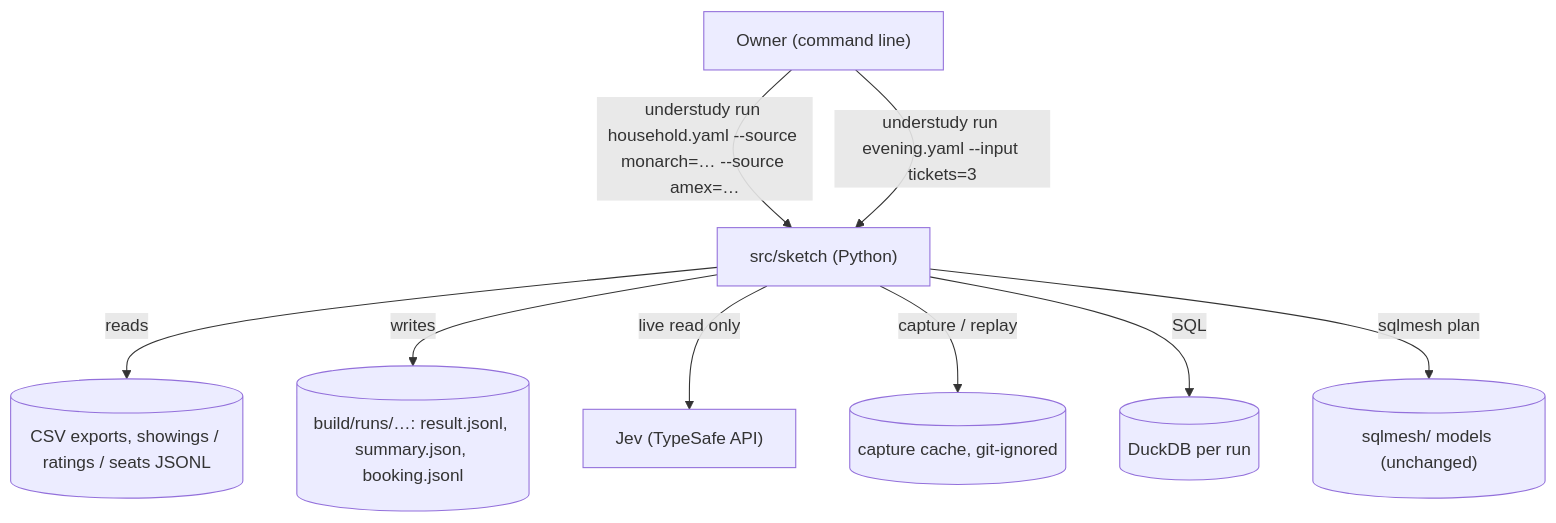
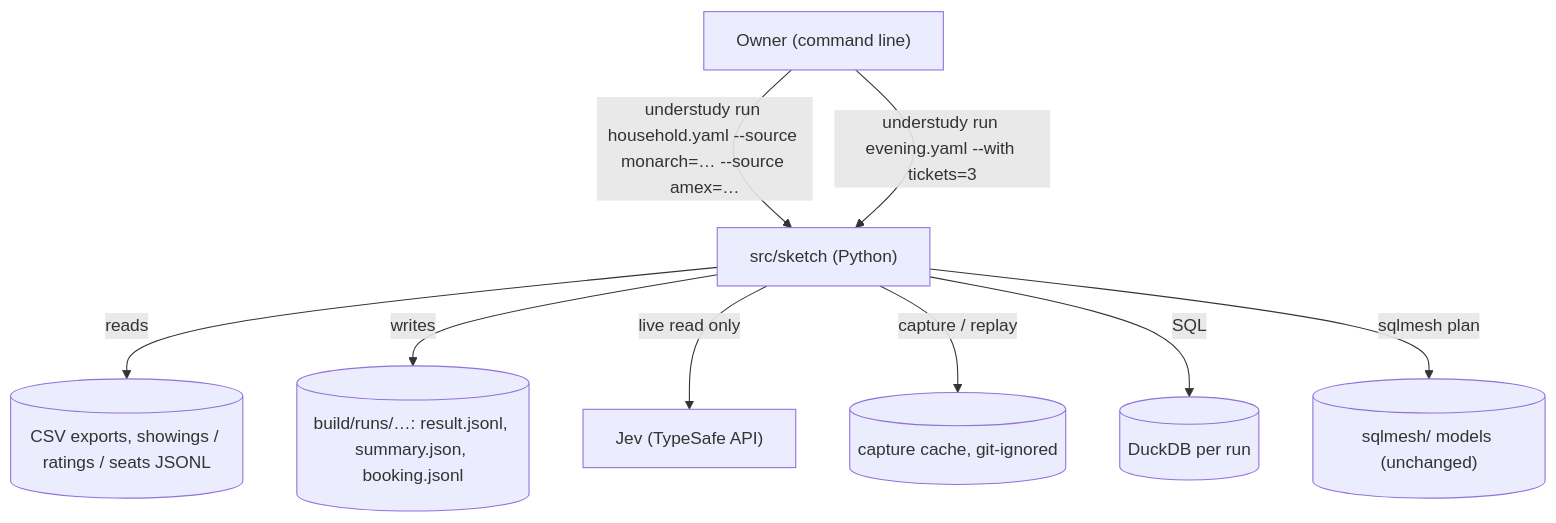
Before and after one commit to drusifer/understudy: the first of 2 diagrams in docs/sprints/ARCH_SPRINT20.md, drawn with Mermaid. The commit also changed other lines of this file and 25 other files, not shown here.

````diff
--- a/docs/sprints/ARCH_SPRINT20.md
+++ b/docs/sprints/ARCH_SPRINT20.md
@@ -18,11 +18,11 @@
 ```mermaid
 graph TD
     Owner["Owner (command line)"] -->|"understudy run household.yaml --source monarch=… --source amex=…"| Py["src/sketch (Python)"]
-    Owner -->|"understudy run evening.yaml --input tickets=3"| Py
+    Owner -->|"understudy run evening.yaml --with tickets=3"| Py
     Py -->|"reads"| Files[("CSV exports, showings / ratings / seats JSONL")]
     Py -->|"writes"| Out[("build/runs/…: result.jsonl, summary.json, booking.jsonl")]
     Py -->|"live read only"| Jev["Jev (TypeSafe API)"]
     Py -->|"capture / replay"| Cache[("capture cache, git-ignored")]
     Py -->|"SQL"| Duck[("DuckDB per run")]
     Py -->|"sqlmesh plan"| Mesh[("sqlmesh/ models (unchanged)")]
 ```
````
